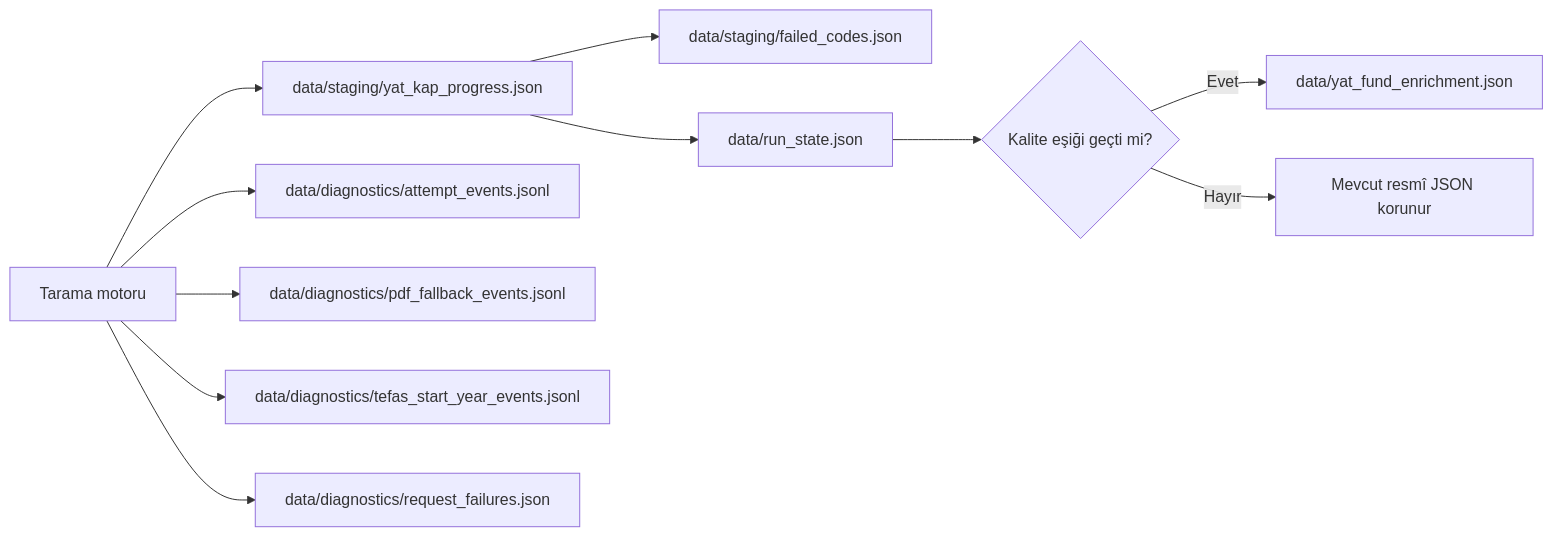
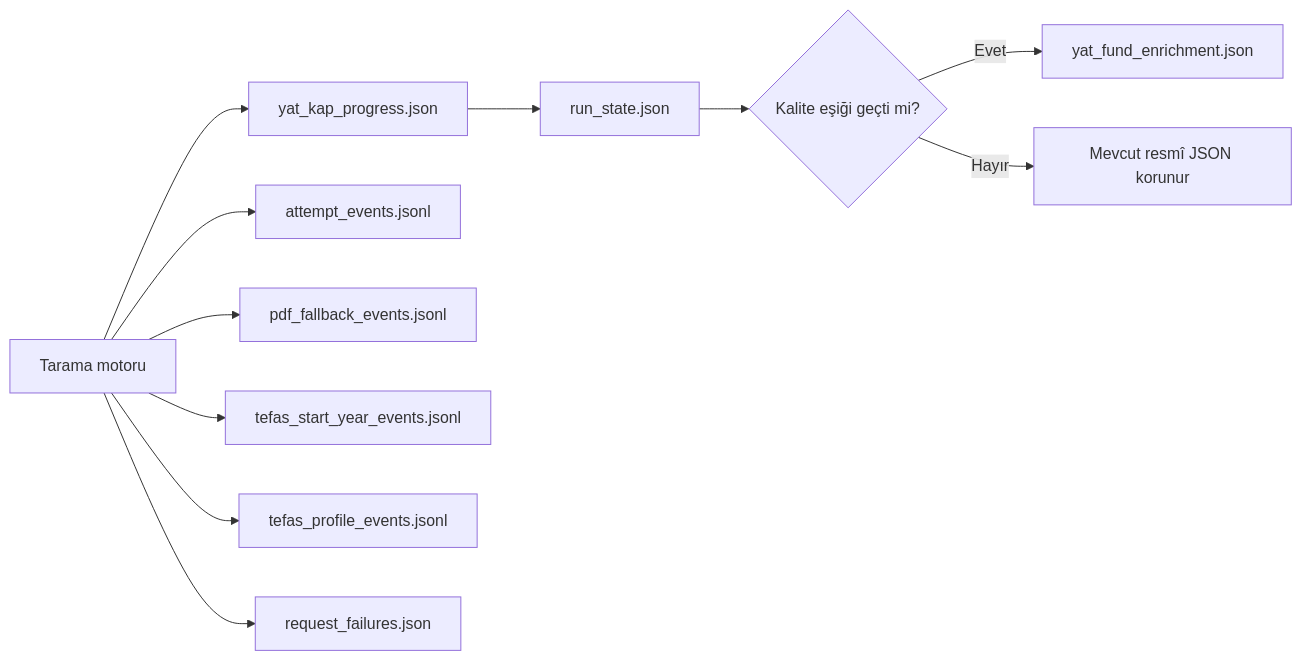
Diagram 14 of 19 in README.md (egemenkarabulut/PiyasaNabzi-KAP-YAT), drawn with Mermaid before and after one commit. The commit also changed other lines of this file and 8 other files, not shown here.

````diff
--- a/README.md
+++ b/README.md
@@ -445,14 +527,13 @@
 ```mermaid
 flowchart LR
-    A["Tarama motoru"] --> B["data/staging/yat_kap_progress.json"]
-    A --> C["data/diagnostics/attempt_events.jsonl"]
-    A --> D["data/diagnostics/pdf_fallback_events.jsonl"]
-    A --> E["data/diagnostics/tefas_start_year_events.jsonl"]
-    A --> F["data/diagnostics/request_failures.json"]
-
-    B --> G["data/staging/failed_codes.json"]
-    B --> H["data/run_state.json"]
+    A["Tarama motoru"] --> B["yat_kap_progress.json"]
+    A --> C["attempt_events.jsonl"]
+    A --> D["pdf_fallback_events.jsonl"]
+    A --> E["tefas_start_year_events.jsonl"]
+    A --> F["tefas_profile_events.jsonl"]
+    A --> G["request_failures.json"]
+    B --> H["run_state.json"]
     H --> I{"Kalite eşiği geçti mi?"}
-    I -- "Evet" --> J["data/yat_fund_enrichment.json"]
+    I -- "Evet" --> J["yat_fund_enrichment.json"]
     I -- "Hayır" --> K["Mevcut resmî JSON korunur"]
 ```
````
